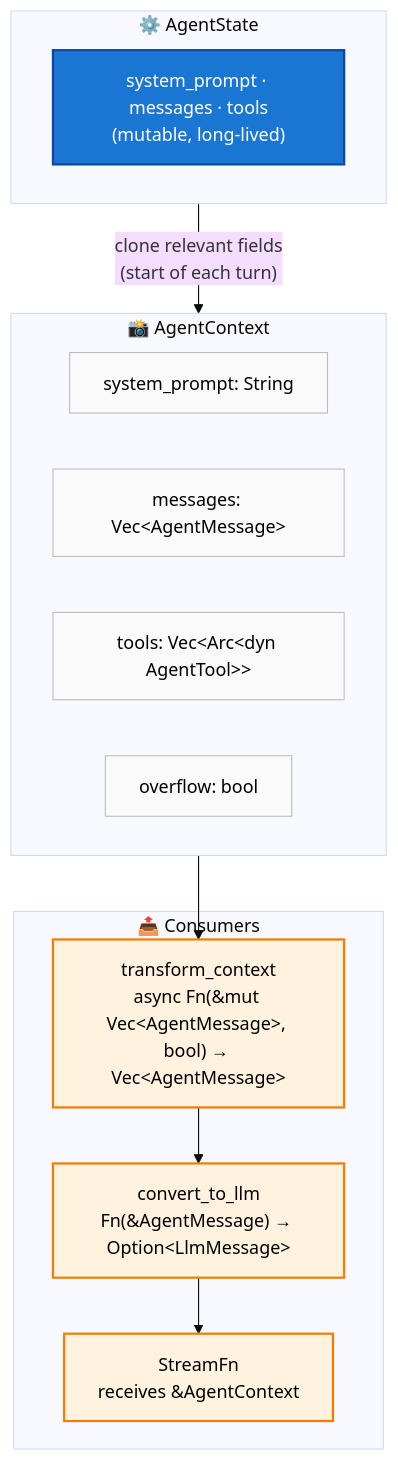
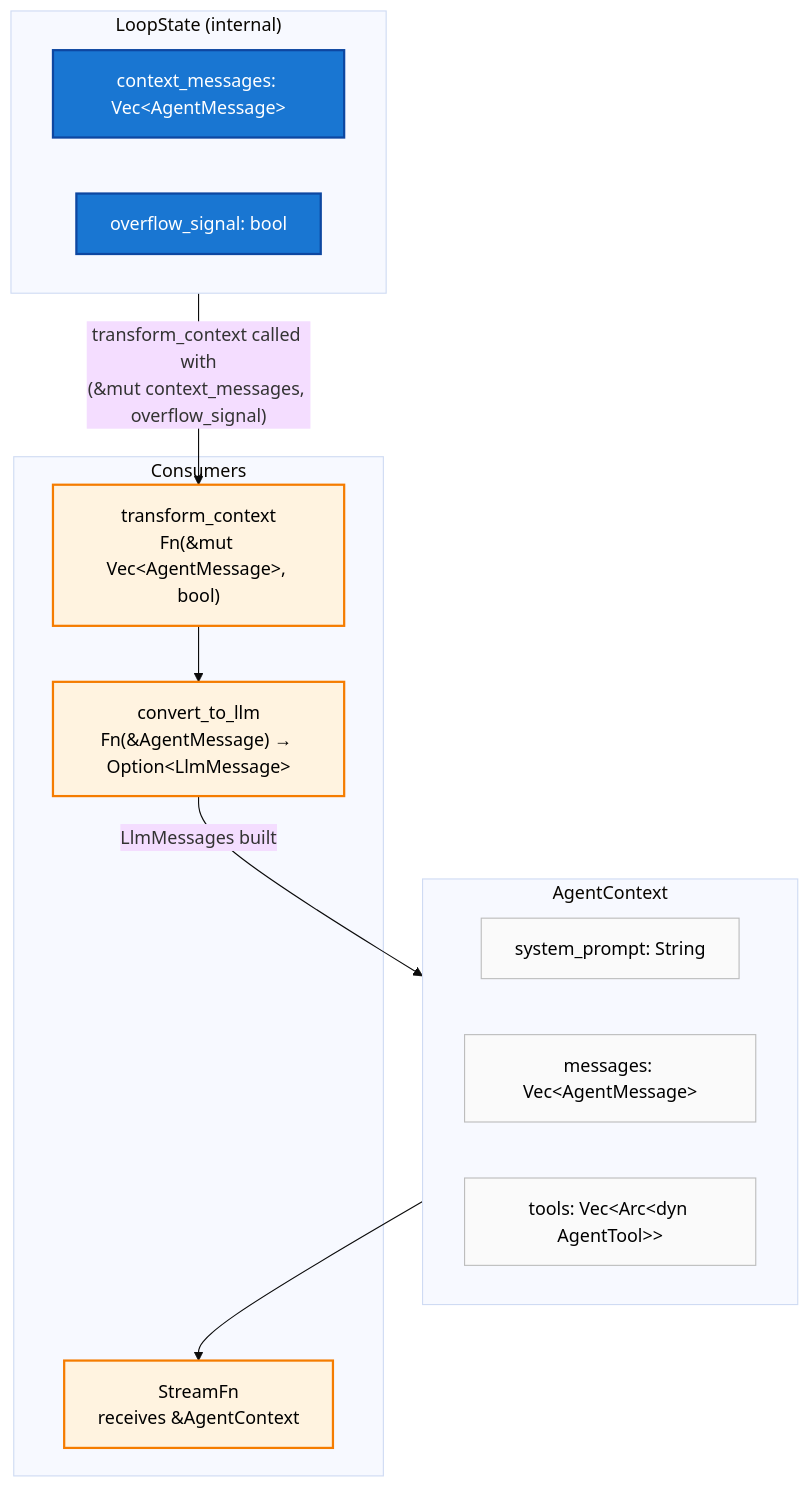
One commit to SuperSwinkAI/Swink-Agent changed the first of 3 diagrams in docs/architecture/agent-context/README.md. Above: the diagram before and after it, drawn with Mermaid (base theme). The commit also changed other lines of this file and 22 other files, not shown here.

````diff
--- a/docs/architecture/agent-context/README.md
+++ b/docs/architecture/agent-context/README.md
@@ -12,33 +12,33 @@
 ```mermaid
 flowchart TB
-    subgraph AgentContext["📸 AgentContext"]
+    subgraph AgentContext["AgentContext"]
         SP["system_prompt: String"]
         Msgs["messages: Vec&lt;AgentMessage&gt;"]
         Tools["tools: Vec&lt;Arc&lt;dyn AgentTool&gt;&gt;"]
-        Overflow["overflow: bool"]
     end
 
-    subgraph AgentState["⚙️ AgentState"]
-        StateFields["system_prompt · messages · tools<br/>(mutable, long-lived)"]
+    subgraph LoopState["LoopState (internal)"]
+        CtxMsgs["context_messages: Vec&lt;AgentMessage&gt;"]
+        Overflow["overflow_signal: bool"]
     end
 
-    subgraph Consumers["📤 Consumers"]
-        TransformCtx["transform_context<br/>async Fn(&amp;mut Vec&lt;AgentMessage&gt;, bool) → Vec&lt;AgentMessage&gt;"]
+    subgraph Consumers["Consumers"]
+        TransformCtx["transform_context<br/>Fn(&amp;mut Vec&lt;AgentMessage&gt;, bool)"]
         ConvertLlm["convert_to_llm<br/>Fn(&amp;AgentMessage) → Option&lt;LlmMessage&gt;"]
         StreamFn["StreamFn<br/>receives &amp;AgentContext"]
     end
 
-    AgentState -->|"clone relevant fields<br/>(start of each turn)"| AgentContext
-    AgentContext --> TransformCtx
+    LoopState -->|"transform_context called with<br/>(&amp;mut context_messages, overflow_signal)"| TransformCtx
     TransformCtx --> ConvertLlm
-    ConvertLlm --> StreamFn
+    ConvertLlm -->|"LlmMessages built"| AgentContext
+    AgentContext --> StreamFn
 
     classDef contextStyle fill:#e3f2fd,stroke:#1976d2,stroke-width:2px,color:#000
     classDef stateStyle fill:#1976d2,stroke:#0d47a1,stroke-width:2px,color:#fff
     classDef consumerStyle fill:#fff3e0,stroke:#f57c00,stroke-width:2px,color:#000
     classDef fieldStyle fill:#fafafa,stroke:#bdbdbd,stroke-width:1px,color:#000
 
-    class SP,Msgs,Tools,Overflow fieldStyle
-    class StateFields stateStyle
+    class SP,Msgs,Tools fieldStyle
+    class CtxMsgs,Overflow stateStyle
     class TransformCtx,ConvertLlm,StreamFn consumerStyle
 ```
````
